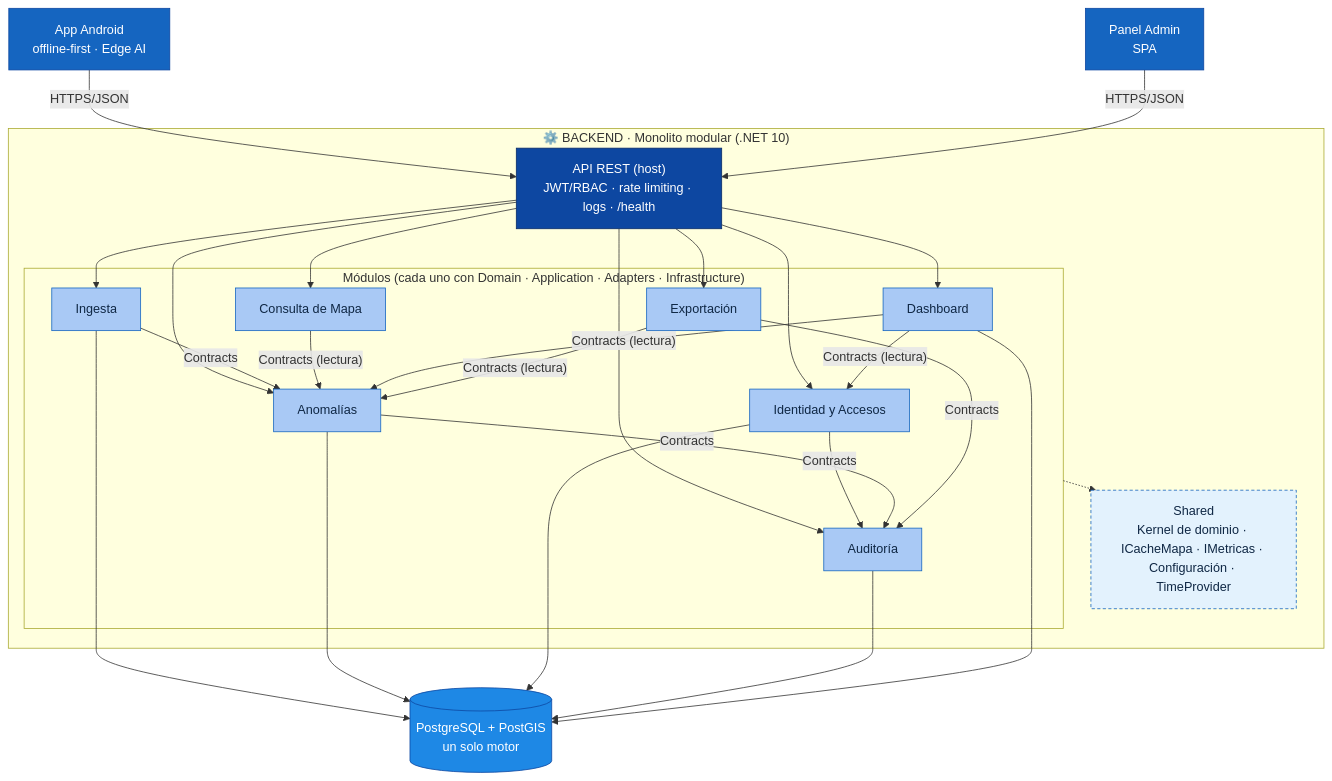
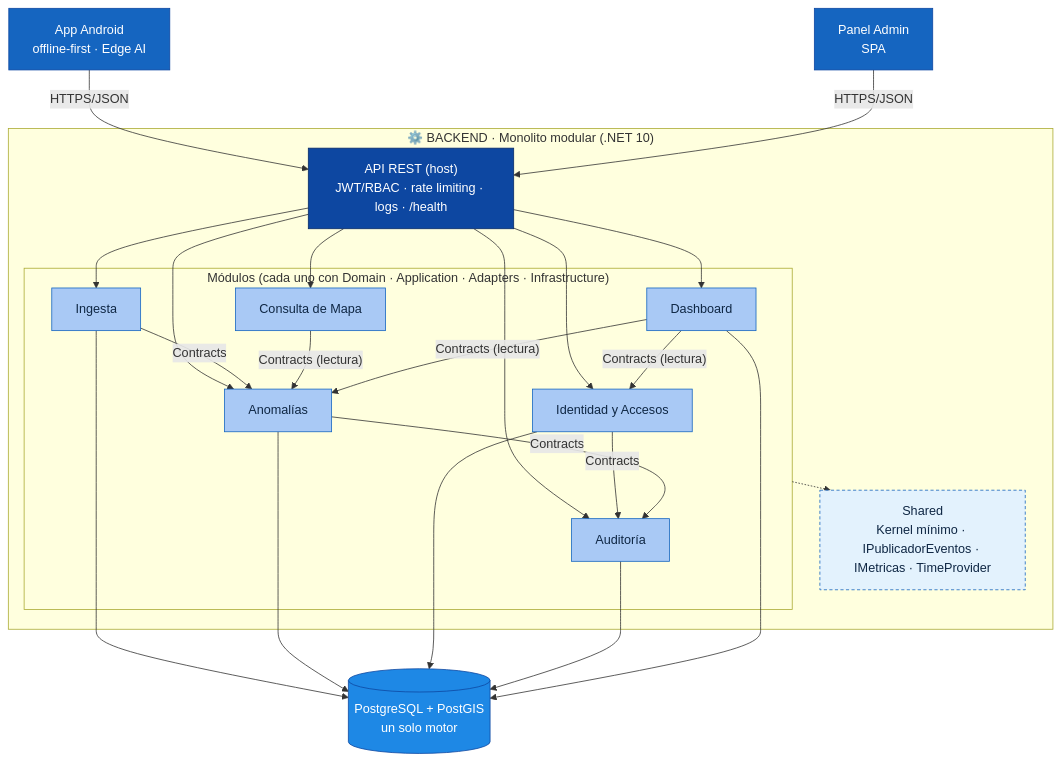
One commit to Crisso29/KillaUru_Sprint01 changed the diagram in docs/02-arquitectura-de-software/estilo-arquitectonico.md. Above: the diagram before and after it, drawn with Mermaid. The commit also changed other lines of this file and 13 other files, not shown here.

````diff
--- a/docs/02-arquitectura-de-software/estilo-arquitectonico.md
+++ b/docs/02-arquitectura-de-software/estilo-arquitectonico.md
@@ -51,55 +51,51 @@
 ```mermaid
 flowchart TD
     classDef cliente fill:#1565C0,color:#fff,stroke:#0d47a1
     classDef host fill:#0D47A1,color:#fff,stroke:#082a66
     classDef modulo fill:#A9C9F5,color:#0F2744,stroke:#1565C0
     classDef compartido fill:#E3F2FD,color:#0F2744,stroke:#1565C0,stroke-dasharray: 4 3
     classDef datos fill:#1E88E5,color:#fff,stroke:#0d47a1
 
     APP["App Android<br/>offline-first · Edge AI"]:::cliente
     PANEL["Panel Admin<br/>SPA"]:::cliente
 
     subgraph BACKEND["⚙️ BACKEND · Monolito modular (.NET 10)"]
         HOST["API REST (host)<br/>JWT/RBAC · rate limiting · logs · /health"]:::host
 
         subgraph NEGOCIO["Módulos (cada uno con Domain · Application · Adapters · Infrastructure)"]
             ID["Identidad y Accesos"]:::modulo
             ING["Ingesta"]:::modulo
             ANO["Anomalías"]:::modulo
             MAPA["Consulta de Mapa"]:::modulo
             DASH["Dashboard"]:::modulo
-            EXP["Exportación"]:::modulo
             AUD["Auditoría"]:::modulo
         end
 
-        SHARED["Shared<br/>Kernel de dominio · ICacheMapa · IMetricas · Configuración · TimeProvider"]:::compartido
+        SHARED["Shared<br/>Kernel mínimo · IPublicadorEventos · IMetricas · TimeProvider"]:::compartido
     end
 
     DB[("PostgreSQL + PostGIS<br/>un solo motor")]:::datos
 
     APP -- "HTTPS/JSON" --> HOST
     PANEL -- "HTTPS/JSON" --> HOST
     HOST --> ID
     HOST --> ING
     HOST --> ANO
     HOST --> MAPA
     HOST --> DASH
-    HOST --> EXP
     HOST --> AUD
 
     ING -- "Contracts" --> ANO
     MAPA -- "Contracts (lectura)" --> ANO
     DASH -- "Contracts (lectura)" --> ANO
     DASH -- "Contracts (lectura)" --> ID
-    EXP -- "Contracts (lectura)" --> ANO
     ID -- "Contracts" --> AUD
     ANO -- "Contracts" --> AUD
-    EXP -- "Contracts" --> AUD
 
     ING --> DB
     ANO --> DB
     ID --> DB
     AUD --> DB
     DASH --> DB
     NEGOCIO -.-> SHARED
 ```
````
